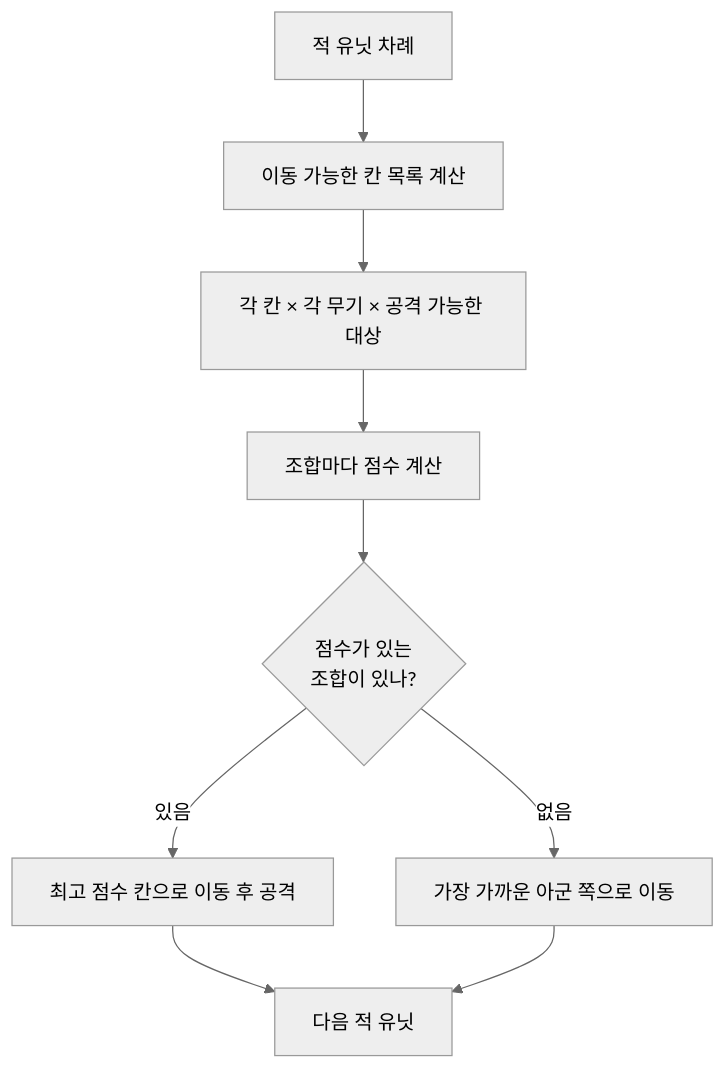
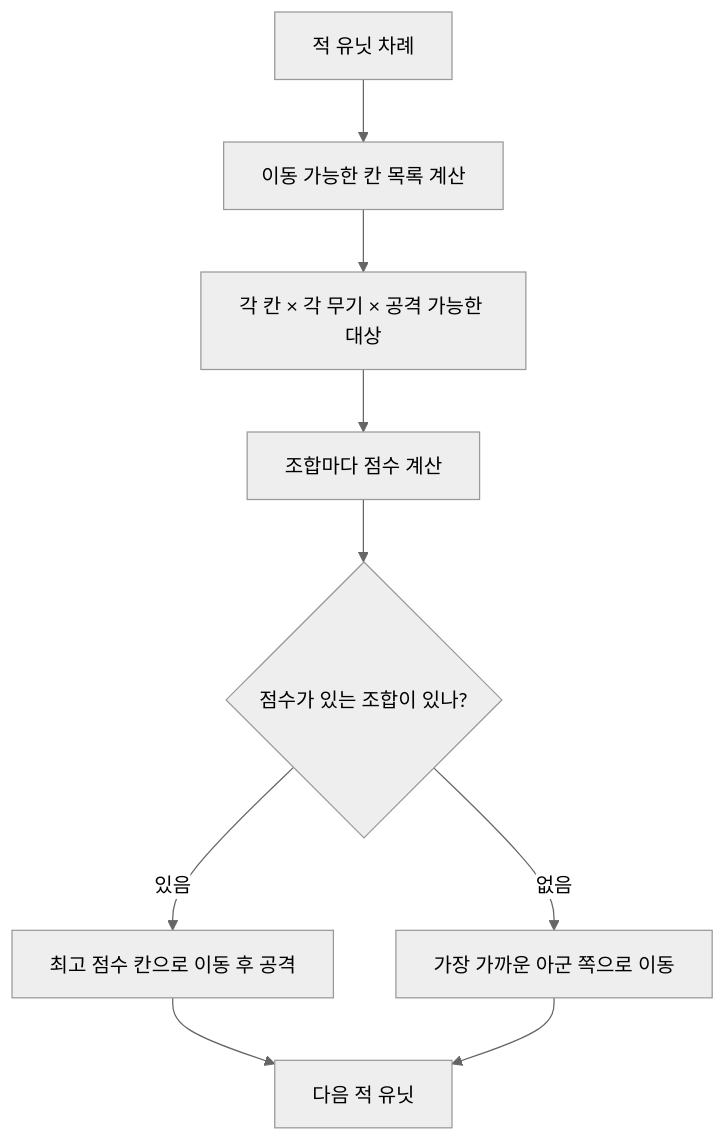
The third of 3 diagrams in 미션가이드_마크다운/미션가이드_개인_그리드_턴제_전략.md (jayy5288sk/Unity3DAIProgramming), drawn with Mermaid (neutral theme) before and after one commit. The commit also changed other lines of this file and 1 other file, not shown here.

````diff
--- a/미션가이드_마크다운/미션가이드_개인_그리드_턴제_전략.md
+++ b/미션가이드_마크다운/미션가이드_개인_그리드_턴제_전략.md
@@ -213,11 +218,11 @@
 ```mermaid
 flowchart TD
     A[적 유닛 차례] --> B[이동 가능한 칸 목록 계산]
-    B --> C["각 칸 × 각 무기 × 공격 가능한 대상"]
+    B --> C[각 칸 × 각 무기 × 공격 가능한 대상]
     C --> D[조합마다 점수 계산]
-    D --> E{점수가 있는<br/>조합이 있나?}
+    D --> E{점수가 있는 조합이 있나?}
     E -- 있음 --> F[최고 점수 칸으로 이동 후 공격]
     E -- 없음 --> G[가장 가까운 아군 쪽으로 이동]
     F --> H[다음 적 유닛]
     G --> H
 ```
````
